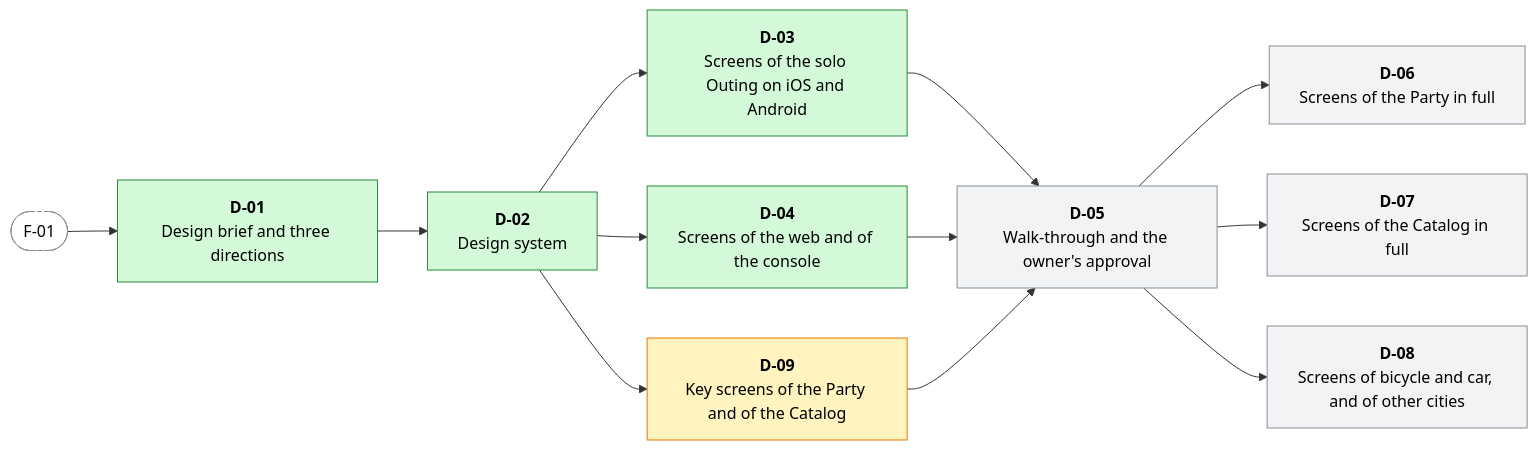
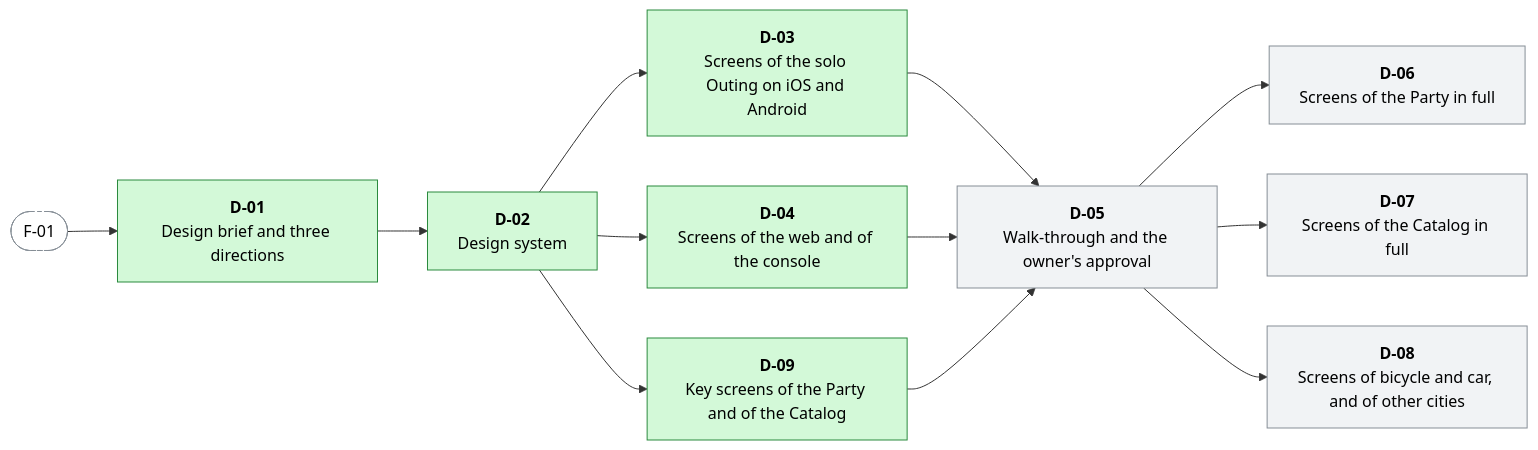
Before and after one commit to menisika/Smart-Tour-Guide-and-Itinerary-Planner: the second of 17 diagrams in docs/WORK-PLAN.md, drawn with Mermaid. The commit also changed other lines of this file and 2 other files, not shown here.

First line of the commit message:
docs(design): close the Party and Catalog screens on the acceptance

````diff
--- a/docs/WORK-PLAN.md
+++ b/docs/WORK-PLAN.md
@@ -272,29 +272,29 @@
 ```mermaid
 flowchart LR
   classDef done fill:#d3f9d8,stroke:#2b8a3e,color:#000
   classDef progress fill:#fff3bf,stroke:#e67700,color:#000
   classDef blocked fill:#ffe3e3,stroke:#c92a2a,color:#000
   classDef todo fill:#f1f3f5,stroke:#868e96,color:#000
   classDef outside fill:#ffffff,stroke:#868e96,stroke-dasharray:4 3,color:#000
   D_01["<b>D-01</b><br/>Design brief and three directions"]:::done
   D_02["<b>D-02</b><br/>Design system"]:::done
   D_03["<b>D-03</b><br/>Screens of the solo Outing on iOS and Android"]:::done
   D_04["<b>D-04</b><br/>Screens of the web and of the console"]:::done
-  D_09["<b>D-09</b><br/>Key screens of the Party and of the Catalog"]:::progress
+  D_09["<b>D-09</b><br/>Key screens of the Party and of the Catalog"]:::done
   D_05["<b>D-05</b><br/>Walk-through and the owner's approval"]:::todo
   D_06["<b>D-06</b><br/>Screens of the Party in full"]:::todo
   D_07["<b>D-07</b><br/>Screens of the Catalog in full"]:::todo
   D_08["<b>D-08</b><br/>Screens of bicycle and car, and of other cities"]:::todo
   F_01(["F-01"]):::outside
   F_01 --> D_01
   D_01 --> D_02
   D_02 --> D_03
   D_02 --> D_04
   D_02 --> D_09
   D_03 --> D_05
   D_04 --> D_05
   D_09 --> D_05
   D_05 --> D_06
   D_05 --> D_07
   D_05 --> D_08
 ```
````
